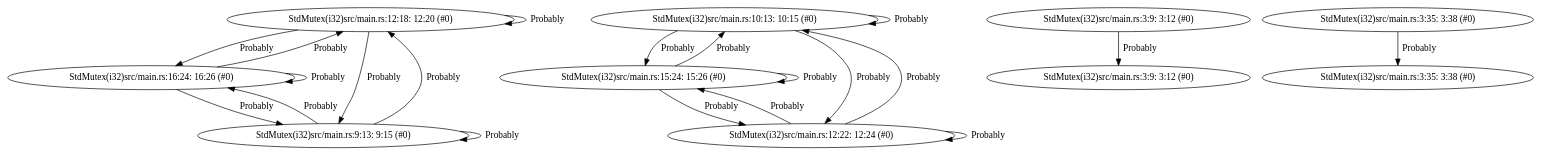
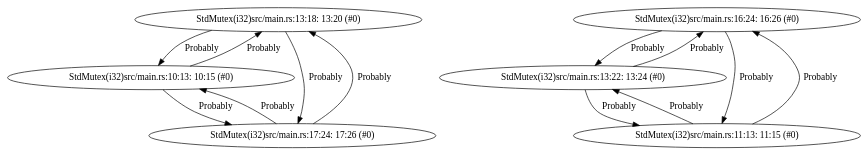
The diagram in toys/call-no-deadlock/pts_map.dot (kevindadi/RustPTA), drawn with Graphviz before and after one commit. The commit also changed 25 other files, not shown here.

```diff
--- a/toys/call-no-deadlock/pts_map.dot
+++ b/toys/call-no-deadlock/pts_map.dot
@@ -1,32 +1,20 @@
 digraph {
-    0 [ label = "StdMutex(i32)src/main.rs:12:18: 12:20 (#0)" ]
-    1 [ label = "StdMutex(i32)src/main.rs:16:24: 16:26 (#0)" ]
-    2 [ label = "StdMutex(i32)src/main.rs:9:13: 9:15 (#0)" ]
-    3 [ label = "StdMutex(i32)src/main.rs:10:13: 10:15 (#0)" ]
-    4 [ label = "StdMutex(i32)src/main.rs:15:24: 15:26 (#0)" ]
-    5 [ label = "StdMutex(i32)src/main.rs:3:9: 3:12 (#0)" ]
-    6 [ label = "StdMutex(i32)src/main.rs:3:9: 3:12 (#0)" ]
-    7 [ label = "StdMutex(i32)src/main.rs:12:22: 12:24 (#0)" ]
-    8 [ label = "StdMutex(i32)src/main.rs:3:35: 3:38 (#0)" ]
-    9 [ label = "StdMutex(i32)src/main.rs:3:35: 3:38 (#0)" ]
+    0 [ label = "StdMutex(i32)src/main.rs:13:18: 13:20 (#0)" ]
+    1 [ label = "StdMutex(i32)src/main.rs:10:13: 10:15 (#0)" ]
+    2 [ label = "StdMutex(i32)src/main.rs:17:24: 17:26 (#0)" ]
+    3 [ label = "StdMutex(i32)src/main.rs:16:24: 16:26 (#0)" ]
+    4 [ label = "StdMutex(i32)src/main.rs:13:22: 13:24 (#0)" ]
+    5 [ label = "StdMutex(i32)src/main.rs:11:13: 11:15 (#0)" ]
     0 -> 1 [ label = "Probably" ]
+    1 -> 2 [ label = "Probably" ]
+    3 -> 4 [ label = "Probably" ]
+    2 -> 1 [ label = "Probably" ]
+    5 -> 3 [ label = "Probably" ]
+    5 -> 4 [ label = "Probably" ]
+    3 -> 5 [ label = "Probably" ]
+    0 -> 2 [ label = "Probably" ]
+    4 -> 5 [ label = "Probably" ]
     2 -> 0 [ label = "Probably" ]
-    3 -> 4 [ label = "Probably" ]
-    5 -> 6 [ label = "Probably" ]
-    4 -> 7 [ label = "Probably" ]
-    3 -> 7 [ label = "Probably" ]
-    0 -> 2 [ label = "Probably" ]
-    1 -> 2 [ label = "Probably" ]
+    4 -> 3 [ label = "Probably" ]
     1 -> 0 [ label = "Probably" ]
-    8 -> 9 [ label = "Probably" ]
-    3 -> 3 [ label = "Probably" ]
-    4 -> 3 [ label = "Probably" ]
-    2 -> 1 [ label = "Probably" ]
-    7 -> 3 [ label = "Probably" ]
-    0 -> 0 [ label = "Probably" ]
-    2 -> 2 [ label = "Probably" ]
-    4 -> 4 [ label = "Probably" ]
-    1 -> 1 [ label = "Probably" ]
-    7 -> 7 [ label = "Probably" ]
-    7 -> 4 [ label = "Probably" ]
 }
```
